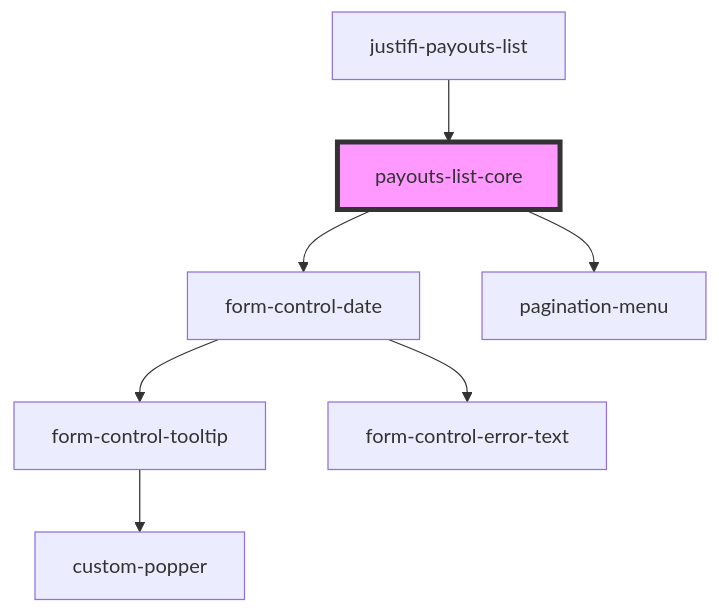
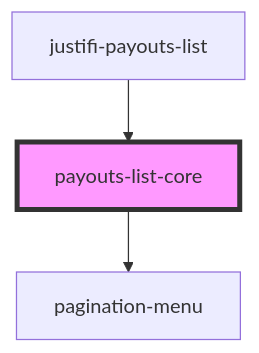
One commit to justifi-tech/web-component-library changed the diagram in packages/webcomponents/src/components/payouts-list/readme.md. Above: the diagram before and after it, drawn with Mermaid. The commit also changed other lines of this file and 7 other files, not shown here.

Commit message:
Refactor payouts-list to implement column sorting prop, make sub-account API call, refactor default columns

````diff
--- a/packages/webcomponents/src/components/payouts-list/readme.md
+++ b/packages/webcomponents/src/components/payouts-list/readme.md
@@ -48,10 +47,6 @@
 ```mermaid
 graph TD;
-  payouts-list-core --> form-control-date
   payouts-list-core --> pagination-menu
-  form-control-date --> form-control-tooltip
-  form-control-date --> form-control-error-text
-  form-control-tooltip --> custom-popper
   justifi-payouts-list --> payouts-list-core
   style payouts-list-core fill:#f9f,stroke:#333,stroke-width:4px
 ```
````
